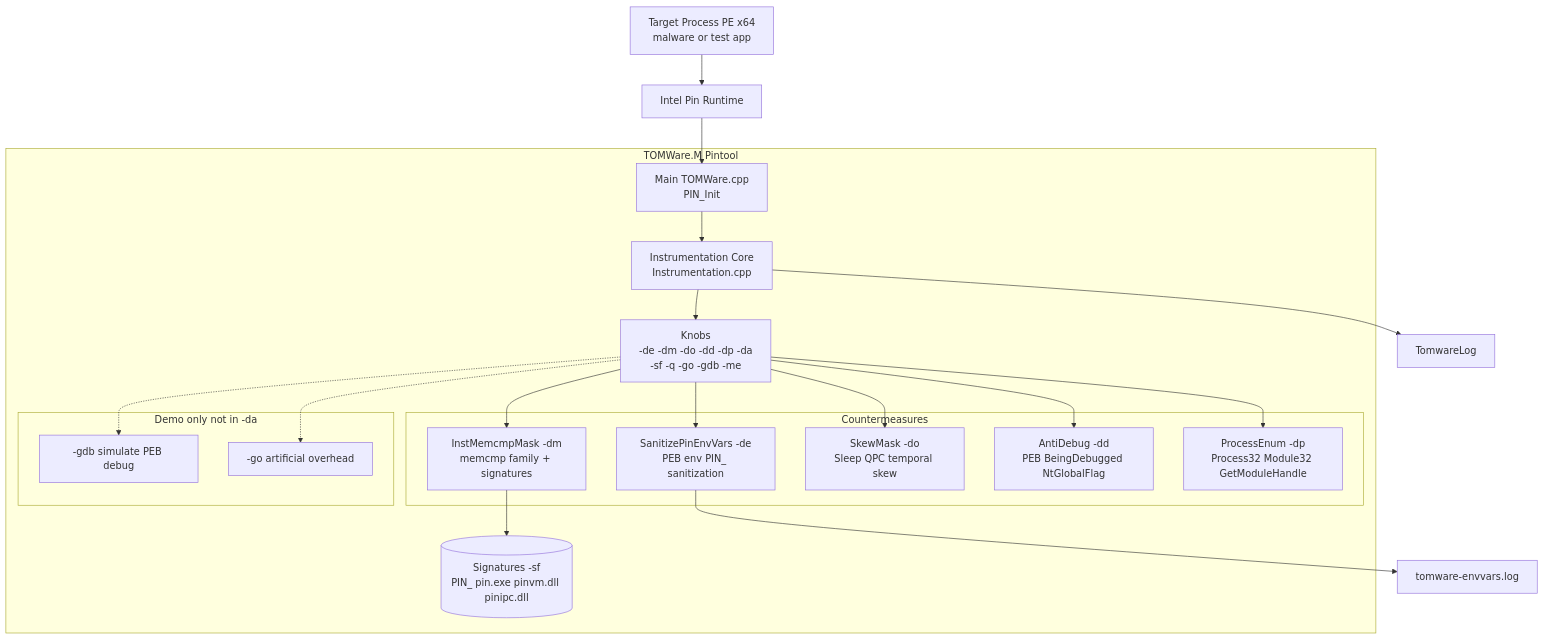
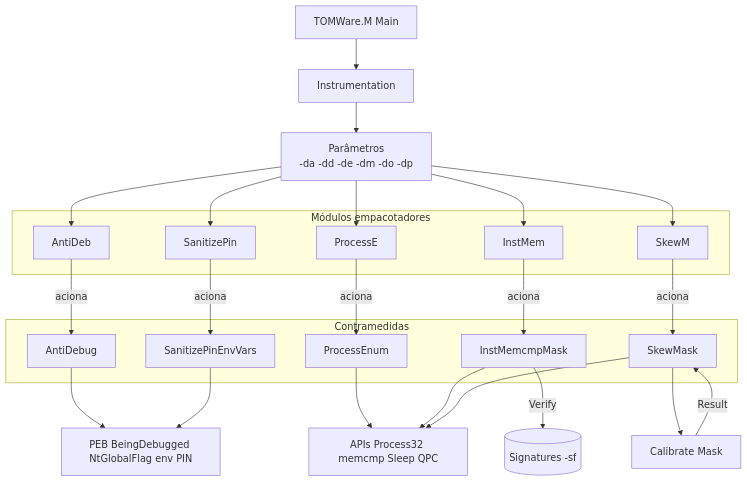
The diagram in imgs/tomware-architecture-current.mmd (TOMWare-analises/TOMWare), drawn with Mermaid before and after one commit. The commit also changed 3 other files, not shown here.

Commit message:
Align TOMWare.M architecture docs with module vs countermeasure naming. Update README and diagrams so modules (AntiDeb, ProcessE, SanitizePin, InstMem, SkewM) differ from countermeasures, fix Portuguese accents (Módulos, Parâmetros), and refresh architecture PNGs including the annotated figure.

```diff
--- a/imgs/tomware-architecture-current.mmd
+++ b/imgs/tomware-architecture-current.mmd
@@ -1,46 +1,52 @@
-%% TOMWare.M — arquitetura atual (SBSeg 2026 SF)
-%% Estilo alinhado ao diagrama Contradef (alvo → Pin → Main → Instrumentation → módulos → saídas)
+%% TOMWare.M — arquitetura: Módulos (empacotadores via parâmetros) → Contramedidas
+%% Nomes dos módulos ≠ nomes das contramedidas (conforme diagrama)
 %% Render: https://mermaid.live
 
 flowchart TD
-  target["Target Process PE x64<br/>malware or test app"]
-  pinRt["Intel Pin Runtime"]
+  mainTw["TOMWare.M Main"]
+  core["Instrumentation"]
+  params["Parâmetros<br/>-da -dd -de -dm -do -dp"]
 
-  subgraph tomware ["TOMWare.M Pintool"]
-    mainTw["Main TOMWare.cpp<br/>PIN_Init"]
-    core["Instrumentation Core<br/>Instrumentation.cpp"]
-    knobs["Knobs<br/>-de -dm -do -dd -dp -da<br/>-sf -q -go -gdb -me"]
-
-    subgraph cm ["Countermeasures"]
-      deMod["SanitizePinEnvVars -de<br/>PEB env PIN_ sanitization"]
-      dmMod["InstMemcmpMask -dm<br/>memcmp family + signatures"]
-      doMod["SkewMask -do<br/>Sleep QPC temporal skew"]
-      ddMod["AntiDebug -dd<br/>PEB BeingDebugged NtGlobalFlag"]
-      dpMod["ProcessEnum -dp<br/>Process32 Module32 GetModuleHandle"]
-    end
-
-    subgraph demos ["Demo only not in -da"]
-      gdbDemo["-gdb simulate PEB debug"]
-      goDemo["-go artificial overhead"]
-    end
-
-    sigs[("Signatures -sf<br/>PIN_ pin.exe pinvm.dll pinipc.dll")]
+  subgraph mods ["Módulos empacotadores"]
+    mDd["AntiDeb"]
+    mDp["ProcessE"]
+    mDe["SanitizePin"]
+    mDm["InstMem"]
+    mDo["SkewM"]
   end
 
-  logTw["TomwareLog"]
-  logEnv["tomware-envvars.log"]
+  subgraph cms ["Contramedidas"]
+    cDd["AntiDebug"]
+    cDp["ProcessEnum"]
+    cDe["SanitizePinEnvVars"]
+    cDm["InstMemcmpMask"]
+    cDo["SkewMask"]
+  end
 
-  target --> pinRt
-  pinRt --> mainTw
+  peb["PEB BeingDebugged NtGlobalFlag env PIN"]
+  apis["APIs Process32 memcmp Sleep QPC"]
+  sigs[("Signatures -sf")]
+  cal["Calibrate Mask"]
+
   mainTw --> core
-  core --> knobs
-  knobs --> deMod
-  knobs --> dmMod
-  knobs --> doMod
-  knobs --> ddMod
-  knobs --> dpMod
-  knobs -.-> gdbDemo
-  knobs -.-> goDemo
-  dmMod --> sigs
-  deMod --> logEnv
-  core --> logTw
+  core --> params
+  params --> mDd
+  params --> mDp
+  params --> mDe
+  params --> mDm
+  params --> mDo
+
+  mDd -->|"aciona"| cDd
+  mDp -->|"aciona"| cDp
+  mDe -->|"aciona"| cDe
+  mDm -->|"aciona"| cDm
+  mDo -->|"aciona"| cDo
+
+  cDd --> peb
+  cDe --> peb
+  cDp --> apis
+  cDm --> apis
+  cDo --> apis
+  cDm -->|"Verify"| sigs
+  cDo --> cal
+  cal -->|"Result"| cDo
```
